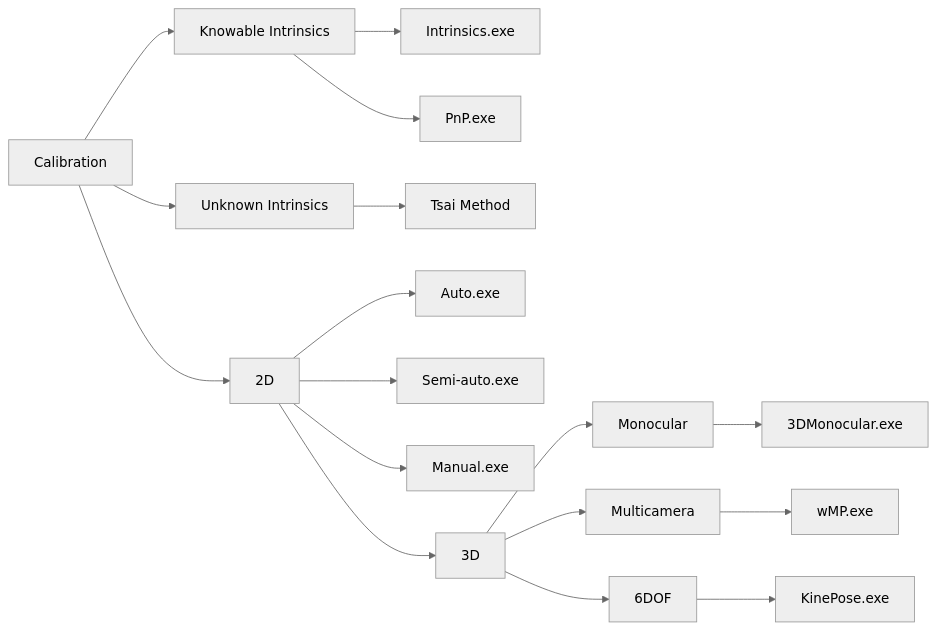
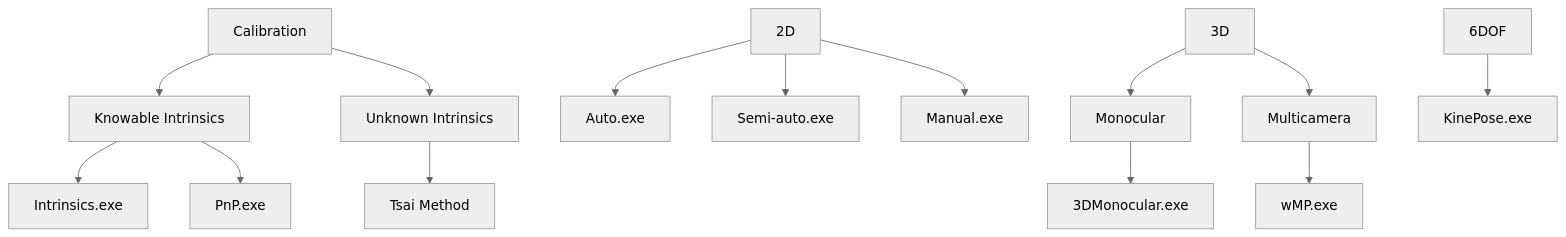
Before and after one commit to KevGildea/KinePose: the diagram in README.md, drawn with Mermaid (neutral theme).

````diff
--- a/README.md
+++ b/README.md
@@ -21,23 +21,20 @@
 ```mermaid
-graph LR;
+graph TD;
     Calibration --> Knowable[Knowable Intrinsics];
     Knowable --> Intrinsics[Intrinsics.exe];
     Knowable --> PnP[PnP.exe];
     Calibration --> Unknown[Unknown Intrinsics];
     Unknown --> Tsai[Tsai Method];
     
-    Calibration --> 2D;
     2D --> Auto[Auto.exe];
     2D --> SemiAuto[Semi-auto.exe];
     2D --> Manual[Manual.exe];
     
-    2D --> 3D;
     3D --> Monocular[Monocular];
     Monocular --> 3DMonocular[3DMonocular.exe];
     3D --> Multicamera[Multicamera];
     Multicamera --> wMP[wMP.exe];
     
-    3D --> 6DOF;
     6DOF --> KinePose[KinePose.exe];
 
 ```
````
